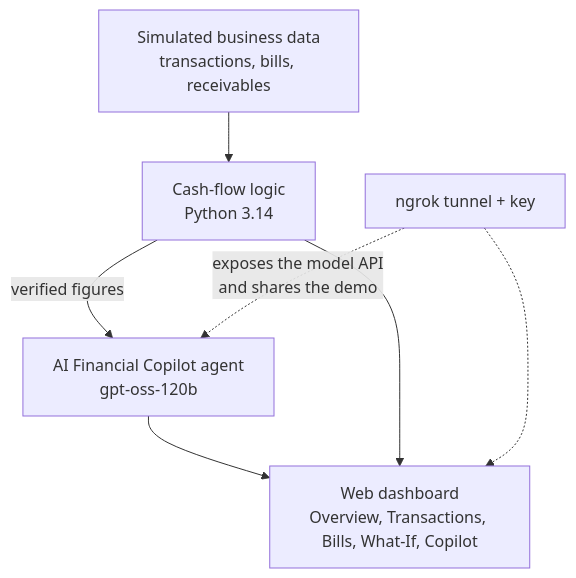
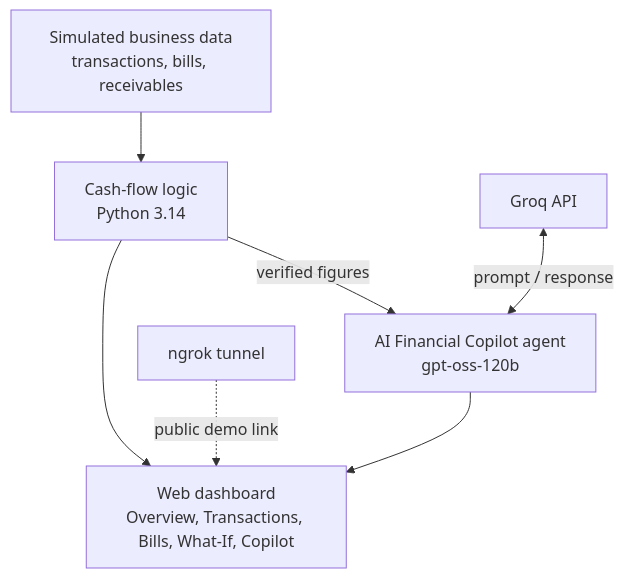
Before and after one commit to Merab8/LedgerLens: the diagram in README.md, drawn with Mermaid. The commit also changed other lines of this file, not shown here.

First line of the commit message:
Revise README for Groq API and ngrok integration

````diff
--- a/README.md
+++ b/README.md
@@ -87,9 +88,9 @@
 ```mermaid
 flowchart TD
     A[Simulated business data<br/>transactions, bills, receivables] --> B[Cash-flow logic<br/>Python 3.14]
     B -->|verified figures| C[AI Financial Copilot agent<br/>gpt-oss-120b]
     C --> D[Web dashboard<br/>Overview, Transactions, Bills, What-If, Copilot]
     B --> D
-    E[ngrok tunnel + key] -.->|exposes the model API<br/>and shares the demo| C
-    E -.-> D
+    G[Groq API] <-->|prompt / response| C
+    E[ngrok tunnel] -.->|public demo link| D
 ```
````
